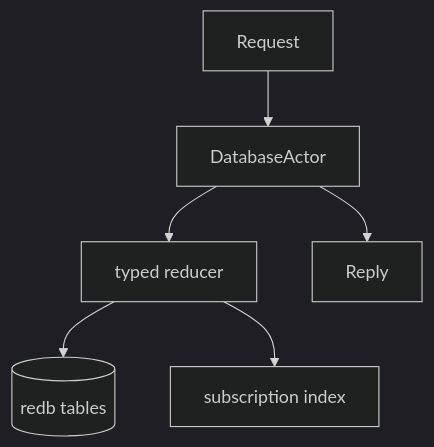
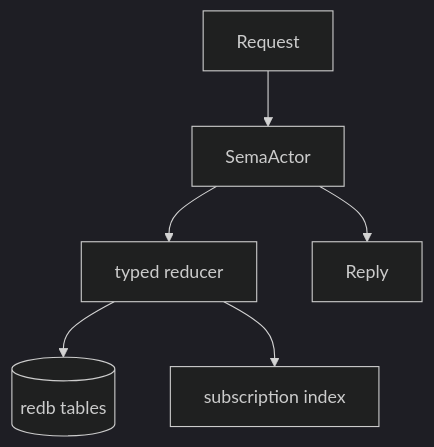
Before and after one commit to LiGoldragon/primary: diagram 12 of 13 in reports/operator/12-universal-message-implementation.md, drawn with Mermaid (dark theme). The commit also changed other lines of this file, not shown here.

Commit message:
amend universal message report for sema pivot

````diff
--- a/reports/operator/12-universal-message-implementation.md
+++ b/reports/operator/12-universal-message-implementation.md
@@ -323,15 +387,15 @@
 ```mermaid
 flowchart TB
-    actor["DatabaseActor"]
+    actor["SemaActor"]
     request["Request"]
     reducer["typed reducer"]
     tables[("redb tables")]
     subscriptions["subscription index"]
     reply["Reply"]
 
     request --> actor
     actor --> reducer
     reducer --> tables
     reducer --> subscriptions
     actor --> reply
 ```
````
